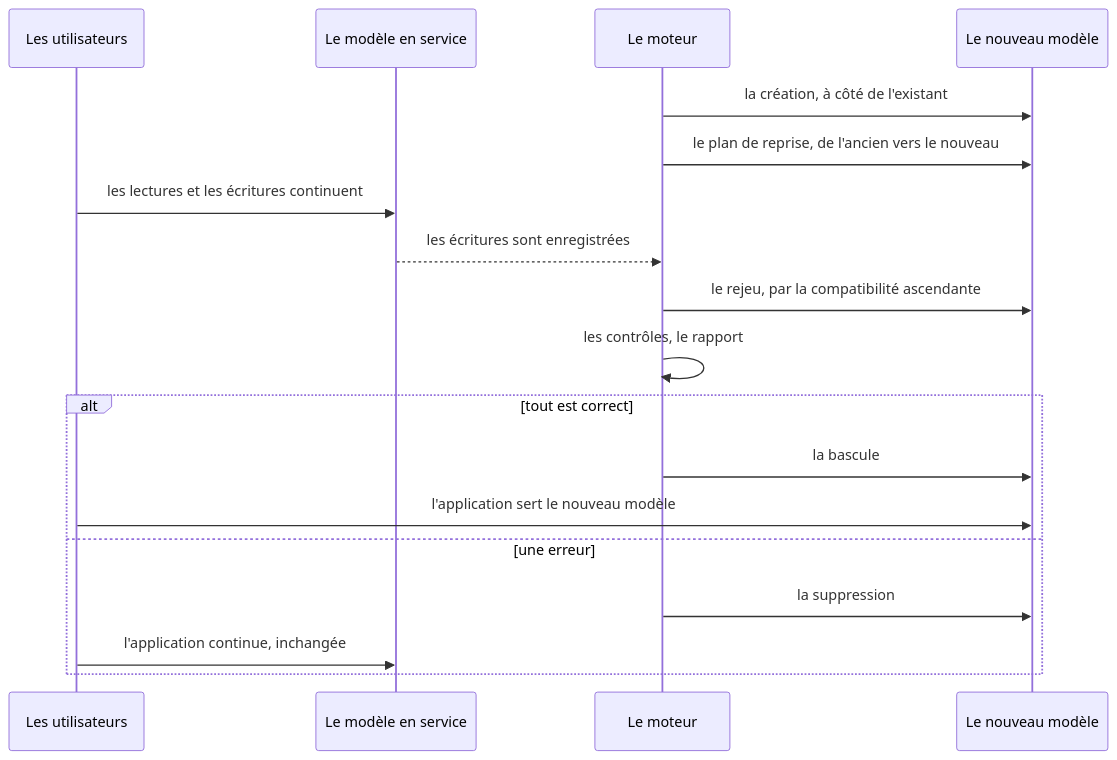
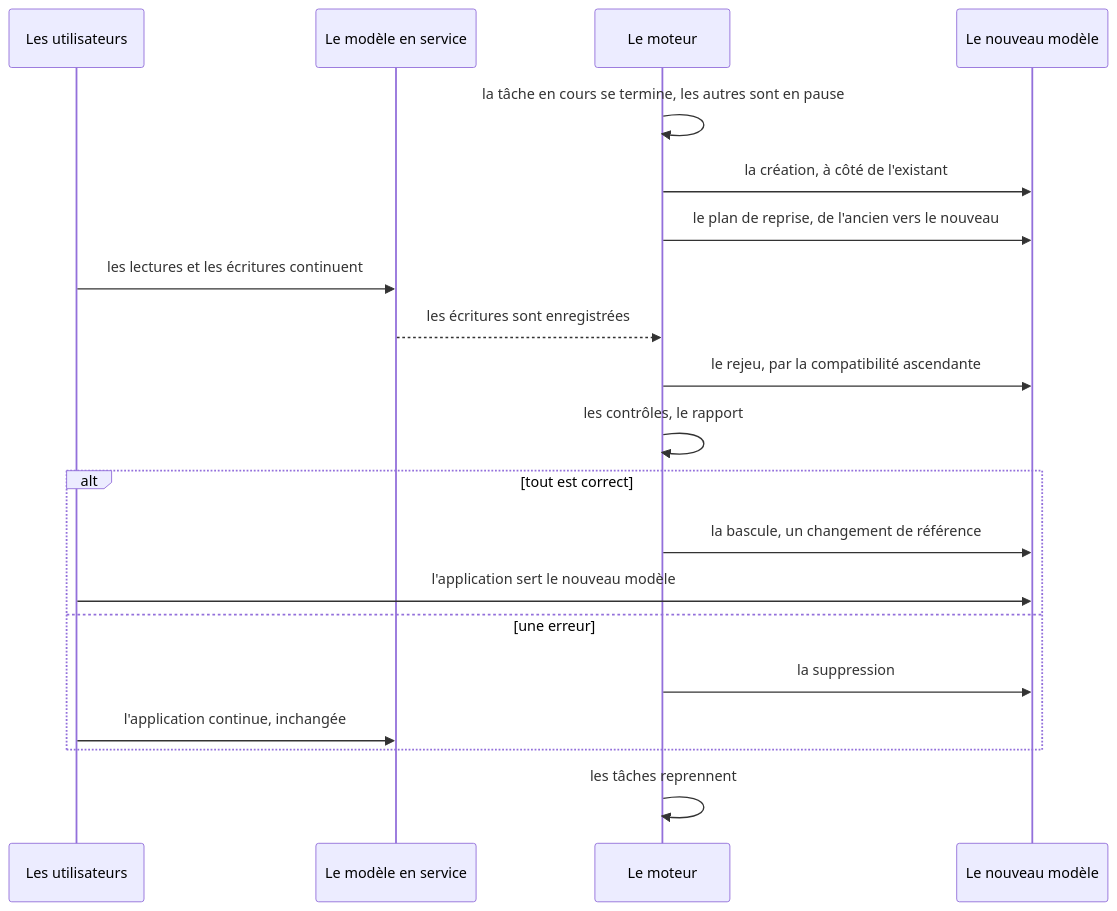
One commit to AymericLesert/Syncytium changed the diagram in docs/syncytium/09-moteur/03-migration.md. Above: the diagram before and after it, drawn with Mermaid. The commit also changed other lines of this file and 12 other files, not shown here.

First line of the commit message:
D2136 — la relecture de 03-migration.md : la bascule est un changement de référence, la rétention remplace le délai de grâce, le contrat du storage rend le changement de connecteur possible

````diff
--- a/docs/syncytium/09-moteur/03-migration.md
+++ b/docs/syncytium/09-moteur/03-migration.md
@@ -217,20 +260,22 @@
 ```mermaid
 sequenceDiagram
     participant U as Les utilisateurs
     participant A as Le modèle en service
     participant M as Le moteur
     participant N as Le nouveau modèle
+    M->>M: la tâche en cours se termine, les autres sont en pause
     M->>N: la création, à côté de l'existant
     M->>N: le plan de reprise, de l'ancien vers le nouveau
     U->>A: les lectures et les écritures continuent
     A-->>M: les écritures sont enregistrées
     M->>N: le rejeu, par la compatibilité ascendante
     M->>M: les contrôles, le rapport
     alt tout est correct
-        M->>N: la bascule
+        M->>N: la bascule, un changement de référence
         U->>N: l'application sert le nouveau modèle
     else une erreur
         M->>N: la suppression
         U->>A: l'application continue, inchangée
     end
+    M->>M: les tâches reprennent
 ```
````
